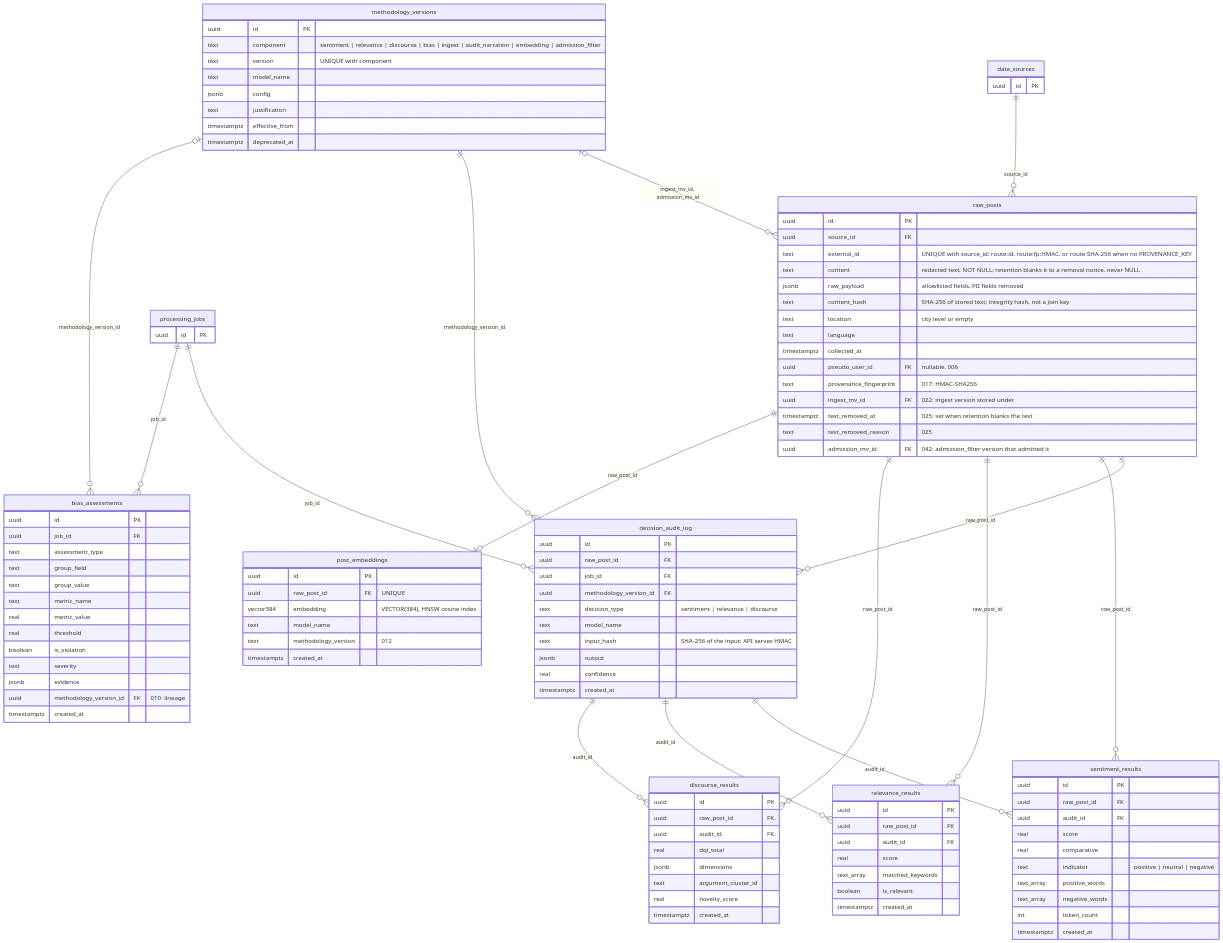
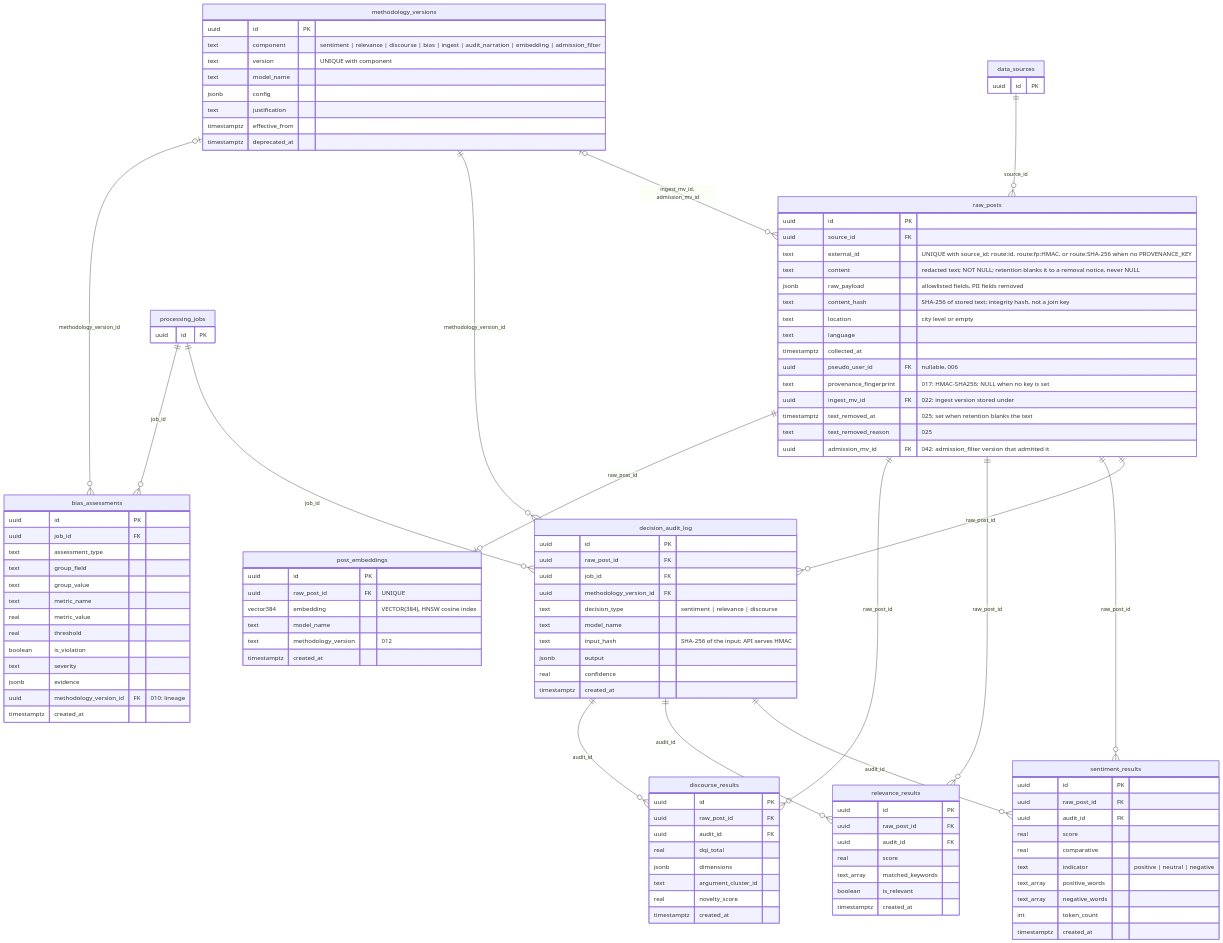
Before and after one commit to jennifer-mckinney/pulse-of-ai: the diagram in docs/diagrams/data/erd-2-posts-scores-audit.mmd, drawn with Mermaid. The commit also changed 15 other files, not shown here.

Commit message:
Make the provenance and keyed-id claims conditional on a key; move focus out of a folded About panel

```diff
--- a/docs/diagrams/data/erd-2-posts-scores-audit.mmd
+++ b/docs/diagrams/data/erd-2-posts-scores-audit.mmd
@@ -1,128 +1,128 @@
 %% Title: Data model 2 of 4 · posts, scores, audit trail, bias
 %% Summary: The stored post (its ids and audit links never change; its text and payload are blanked when its retention window ends), its three per-post scores, the decision audit log that ties every score to a registered methodology version, the embedding, and the job-level bias assessments.
 %% Sources: src/db/migrations/001, 002, 003, 004, 006, 010, 012, 017, 022, 025, 042; src/pipeline/ingest.js (insert), src/collectors/retention.js (blanking), src/config/methodology-registry.js (components). The rolling-window bias tables (060) are in data model 4. Spec: TECHNICAL_SPEC.md sections 6 and 10 (the explainability chain). data_sources and processing_jobs are shown with their keys only (full columns in data model 1).
 erDiagram
 
   raw_posts {
     uuid id PK
     uuid source_id FK
     text external_id "UNIQUE with source_id; route:id, route:fp:HMAC, or route:SHA-256 when no PROVENANCE_KEY"
     text content "redacted text; NOT NULL; retention blanks it to a removal notice, never NULL"
     jsonb raw_payload "allowlisted fields, PII fields removed"
     text content_hash "SHA-256 of stored text; integrity hash, not a join key"
     text location "city level or empty"
     text language
     timestamptz collected_at
     uuid pseudo_user_id FK "nullable, 006"
-    text provenance_fingerprint "017: HMAC-SHA256"
+    text provenance_fingerprint "017: HMAC-SHA256; NULL when no key is set"
     uuid ingest_mv_id FK "022: ingest version stored under"
     timestamptz text_removed_at "025: set when retention blanks the text"
     text text_removed_reason "025"
     uuid admission_mv_id FK "042: admission_filter version that admitted it"
   }
 
   decision_audit_log {
     uuid id PK
     uuid raw_post_id FK
     uuid job_id FK
     uuid methodology_version_id FK
     text decision_type "sentiment | relevance | discourse"
     text model_name
     text input_hash "SHA-256 of the input; API serves HMAC"
     jsonb output
     real confidence
     timestamptz created_at
   }
 
   methodology_versions {
     uuid id PK
     text component "sentiment | relevance | discourse | bias | ingest | audit_narration | embedding | admission_filter"
     text version "UNIQUE with component"
     text model_name
     jsonb config
     text justification
     timestamptz effective_from
     timestamptz deprecated_at
   }
 
   sentiment_results {
     uuid id PK
     uuid raw_post_id FK
     uuid audit_id FK
     real score
     real comparative
     text indicator "positive | neutral | negative"
     text_array positive_words
     text_array negative_words
     int token_count
     timestamptz created_at
   }
 
   relevance_results {
     uuid id PK
     uuid raw_post_id FK
     uuid audit_id FK
     real score
     text_array matched_keywords
     boolean is_relevant
     timestamptz created_at
   }
 
   discourse_results {
     uuid id PK
     uuid raw_post_id FK
     uuid audit_id FK
     real dqi_total
     jsonb dimensions
     text argument_cluster_id
     real novelty_score
     timestamptz created_at
   }
 
   post_embeddings {
     uuid id PK
     uuid raw_post_id FK "UNIQUE"
     vector384 embedding "VECTOR(384), HNSW cosine index"
     text model_name
     text methodology_version "012"
     timestamptz created_at
   }
 
   bias_assessments {
     uuid id PK
     uuid job_id FK
     text assessment_type
     text group_field
     text group_value
     text metric_name
     real metric_value
     real threshold
     boolean is_violation
     text severity
     jsonb evidence
     uuid methodology_version_id FK "010: lineage"
     timestamptz created_at
   }
 
   data_sources {
     uuid id PK
   }
 
   processing_jobs {
     uuid id PK
   }
 
   data_sources ||--o{ raw_posts : "source_id"
   methodology_versions |o--o{ raw_posts : "ingest_mv_id, admission_mv_id"
   raw_posts ||--o{ decision_audit_log : "raw_post_id"
   processing_jobs ||--o{ decision_audit_log : "job_id"
   methodology_versions ||--o{ decision_audit_log : "methodology_version_id"
   raw_posts ||--o{ sentiment_results : "raw_post_id"
   raw_posts ||--o{ relevance_results : "raw_post_id"
   raw_posts ||--o{ discourse_results : "raw_post_id"
   decision_audit_log ||--o{ sentiment_results : "audit_id"
   decision_audit_log ||--o{ relevance_results : "audit_id"
   decision_audit_log ||--o{ discourse_results : "audit_id"
   raw_posts ||--o| post_embeddings : "raw_post_id"
   processing_jobs ||--o{ bias_assessments : "job_id"
   methodology_versions |o--o{ bias_assessments : "methodology_version_id"
```
